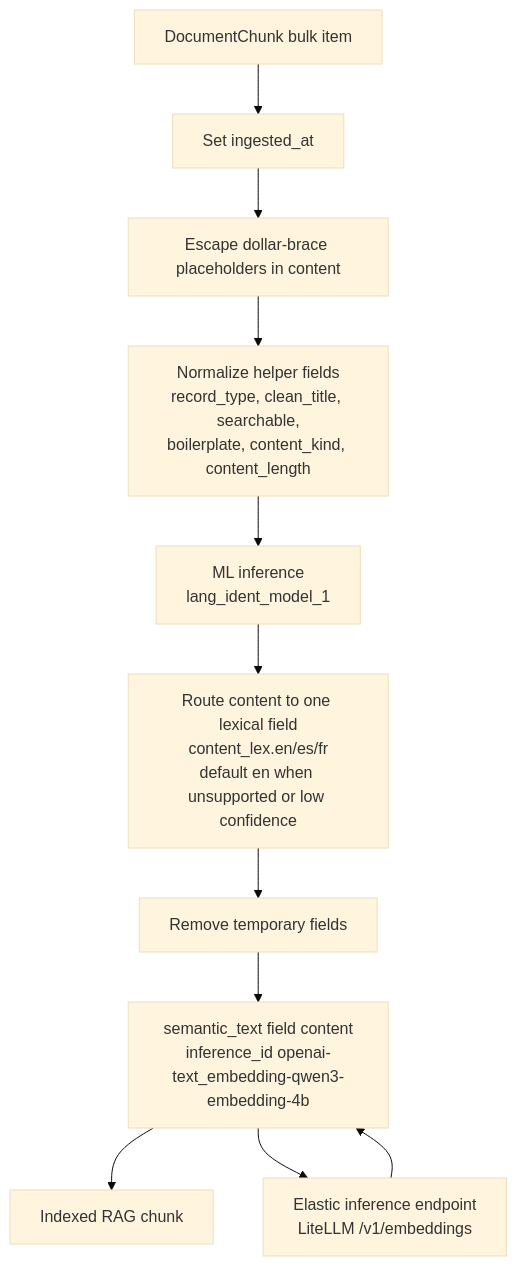
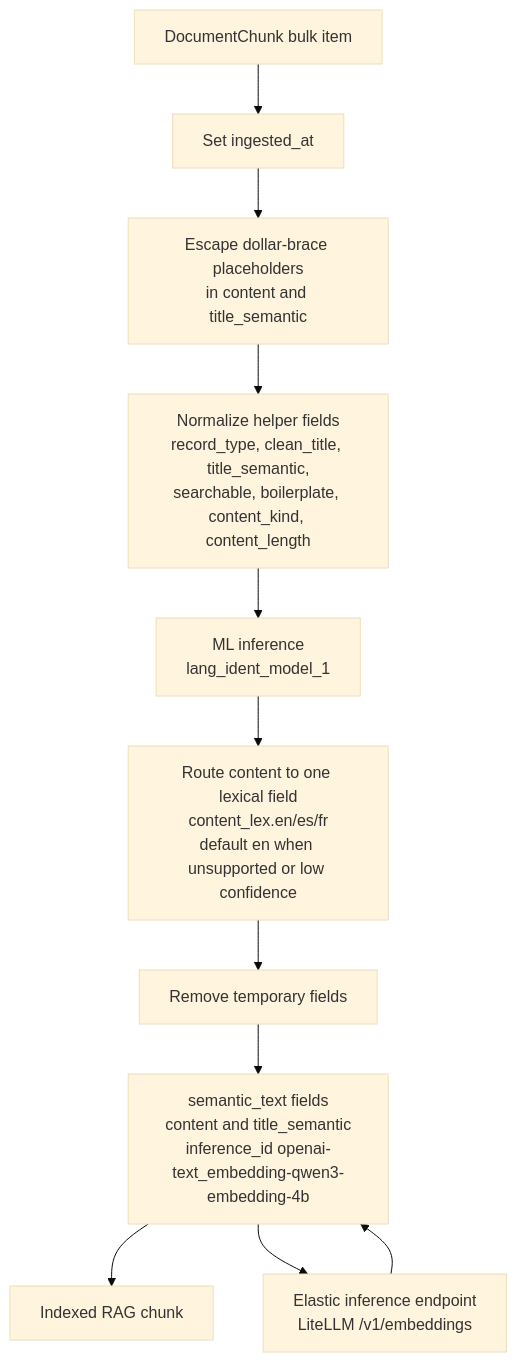
Before and after one commit to alrolo3/ingest-server-orquestator: the second of 3 diagrams in docs/ingest-server-pipeline-workflow.md, drawn with Mermaid (base theme). The commit also changed other lines of this file and 20 other files, not shown here.

````diff
--- a/docs/ingest-server-pipeline-workflow.md
+++ b/docs/ingest-server-pipeline-workflow.md
@@ -233,16 +234,16 @@
 ```mermaid
 flowchart TD
     chunk[DocumentChunk bulk item]
     ts[Set ingested_at]
-    escape[Escape dollar-brace placeholders in content]
-    normalize[Normalize helper fields<br/>record_type, clean_title, searchable,<br/>boilerplate, content_kind, content_length]
+    escape[Escape dollar-brace placeholders<br/>in content and title_semantic]
+    normalize[Normalize helper fields<br/>record_type, clean_title, title_semantic,<br/>searchable, boilerplate, content_kind, content_length]
     lang[ML inference<br/>lang_ident_model_1]
     route[Route content to one lexical field<br/>content_lex.en/es/fr<br/>default en when unsupported or low confidence]
     remove[Remove temporary fields]
-    semantic[semantic_text field content<br/>inference_id openai-text_embedding-qwen3-embedding-4b]
+    semantic[semantic_text fields<br/>content and title_semantic<br/>inference_id openai-text_embedding-qwen3-embedding-4b]
     endpoint[Elastic inference endpoint<br/>LiteLLM /v1/embeddings]
     indexed[Indexed RAG chunk]
 
     chunk --> ts --> escape --> normalize --> lang --> route --> remove --> semantic --> indexed
     semantic --> endpoint --> semantic
 ```
````
